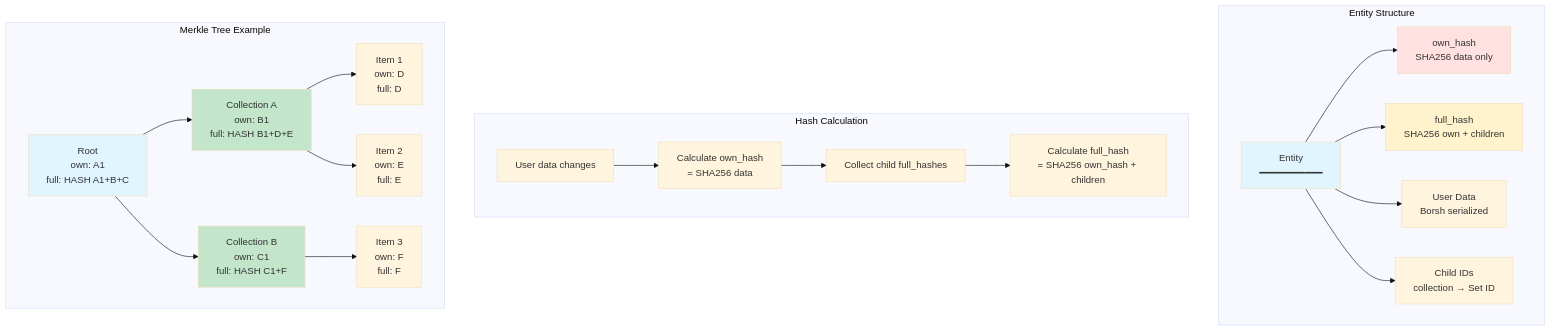
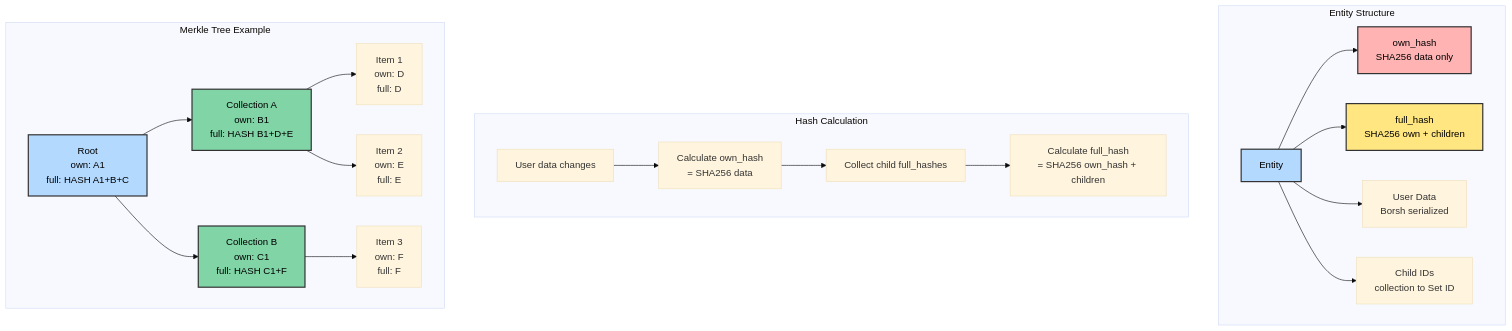
Before and after one commit to calimero-network/core: the second of 8 diagrams in crates/storage/README.md, drawn with Mermaid (base theme). The commit also changed other lines of this file and 4 other files, not shown here.

First line of the commit message:
fix(docs): improve mermaid diagram accessibility and fix parsing errors

````diff
--- a/crates/storage/README.md
+++ b/crates/storage/README.md
@@ -182,48 +182,48 @@
 ```mermaid
 graph TB
     subgraph "Entity Structure"
-        E[Entity<br/>━━━━━━━━━━━]
-        OH[own_hash<br/>SHA256 data only]
-        FH[full_hash<br/>SHA256 own + children]
-        Data[User Data<br/>Borsh serialized]
-        Children[Child IDs<br/>collection → Set ID]
+        E["Entity"]
+        OH["own_hash<br/>SHA256 data only"]
+        FH["full_hash<br/>SHA256 own + children"]
+        Data["User Data<br/>Borsh serialized"]
+        Children["Child IDs<br/>collection to Set ID"]
         
         E --> OH
         E --> FH
         E --> Data
         E --> Children
     end
     
     subgraph "Hash Calculation"
         D[User data changes]
         C1[Calculate own_hash<br/>= SHA256 data]
         C2[Collect child full_hashes]
         C3[Calculate full_hash<br/>= SHA256 own_hash + children]
         
         D --> C1 --> C2 --> C3
     end
     
     subgraph "Merkle Tree Example"
         Root[Root<br/>own: A1<br/>full: HASH A1+B+C]
         
         CollA[Collection A<br/>own: B1<br/>full: HASH B1+D+E]
         CollB[Collection B<br/>own: C1<br/>full: HASH C1+F]
         
         Item1[Item 1<br/>own: D<br/>full: D]
         Item2[Item 2<br/>own: E<br/>full: E]
         Item3[Item 3<br/>own: F<br/>full: F]
     
     Root --> CollA
     Root --> CollB
     CollA --> Item1
     CollA --> Item2
     CollB --> Item3
     end
     
-    style E fill:#e1f5ff
-    style OH fill:#ffe1e1
-    style FH fill:#fff3cd
-    style Root fill:#e1f5ff
-    style CollA fill:#c3e6cb
-    style CollB fill:#c3e6cb
+    style E fill:#b3d9ff,stroke:#333,stroke-width:2px,color:#000
+    style OH fill:#ffb3b3,stroke:#333,stroke-width:2px,color:#000
+    style FH fill:#ffe680,stroke:#333,stroke-width:2px,color:#000
+    style Root fill:#b3d9ff,stroke:#333,stroke-width:2px,color:#000
+    style CollA fill:#80d4a6,stroke:#333,stroke-width:2px,color:#000
+    style CollB fill:#80d4a6,stroke:#333,stroke-width:2px,color:#000
 ```
````
